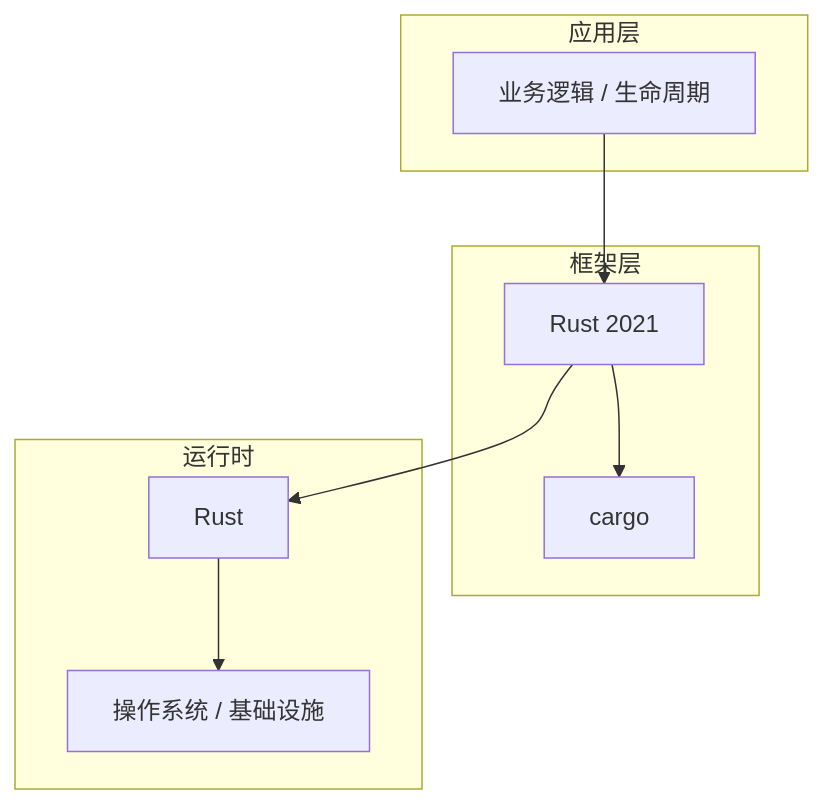
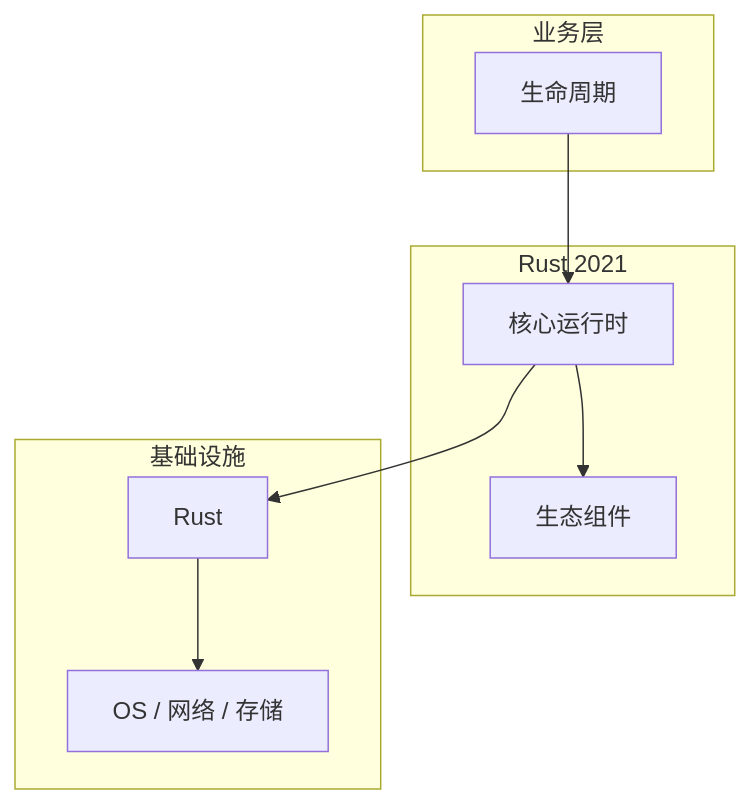
One commit to yanggan2015/knowledge-json-v2 changed the diagram in articles/Rust语言/chapters/022-生命周期核心概念与原理.md. Above: the diagram before and after it, drawn with Mermaid. The commit also changed other lines of this file and 10127 other files, not shown here.

````diff
--- a/articles/Rust语言/chapters/022-生命周期核心概念与原理.md
+++ b/articles/Rust语言/chapters/022-生命周期核心概念与原理.md
@@ -45,18 +34,18 @@
 ```mermaid
 graph TB
-    subgraph 应用层
-        A[业务逻辑 / 生命周期]
+    subgraph 业务层
+        A[生命周期]
     end
-    subgraph 框架层
-        B[Rust 2021]
-        C[cargo]
+    subgraph Rust 2021
+        B[核心运行时]
+        C[生态组件]
     end
-    subgraph 运行时
+    subgraph 基础设施
         D[Rust]
-        E[操作系统 / 基础设施]
+        E[OS / 网络 / 存储]
     end
     A --> B
     B --> C
     B --> D
     D --> E
 ```
````
